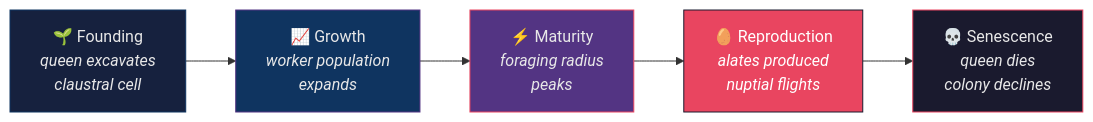
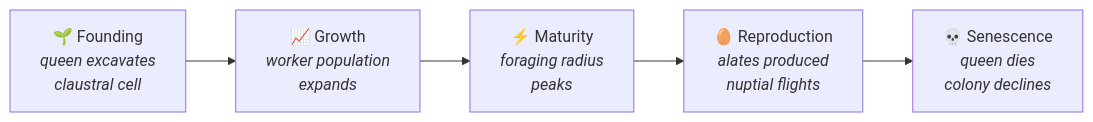
The second of 3 diagrams in docs/bio/superorganism.md (docxology/codomyrmex), drawn with Mermaid before and after one commit. The commit also changed other lines of this file and 86 other files, not shown here.

````diff
--- a/docs/bio/superorganism.md
+++ b/docs/bio/superorganism.md
@@ -58,16 +55,10 @@
 ```mermaid
 flowchart LR
     FOUND["🌱 Founding<br/><i>queen excavates<br/>claustral cell</i>"]
     GROWTH["📈 Growth<br/><i>worker population<br/>expands</i>"]
     MATURE["⚡ Maturity<br/><i>foraging radius<br/>peaks</i>"]
     REPRO_LC["🥚 Reproduction<br/><i>alates produced<br/>nuptial flights</i>"]
     DEATH_LC["💀 Senescence<br/><i>queen dies<br/>colony declines</i>"]
 
     FOUND --> GROWTH --> MATURE --> REPRO_LC --> DEATH_LC
-
-    style FOUND fill:#16213e,stroke:#0f3460,color:#e8e8e8
-    style GROWTH fill:#0f3460,stroke:#533483,color:#e8e8e8
-    style MATURE fill:#533483,stroke:#e94560,color:#e8e8e8
-    style REPRO_LC fill:#e94560,stroke:#1a1a2e,color:#fff
-    style DEATH_LC fill:#1a1a2e,stroke:#e94560,color:#e8e8e8
 ```
````
